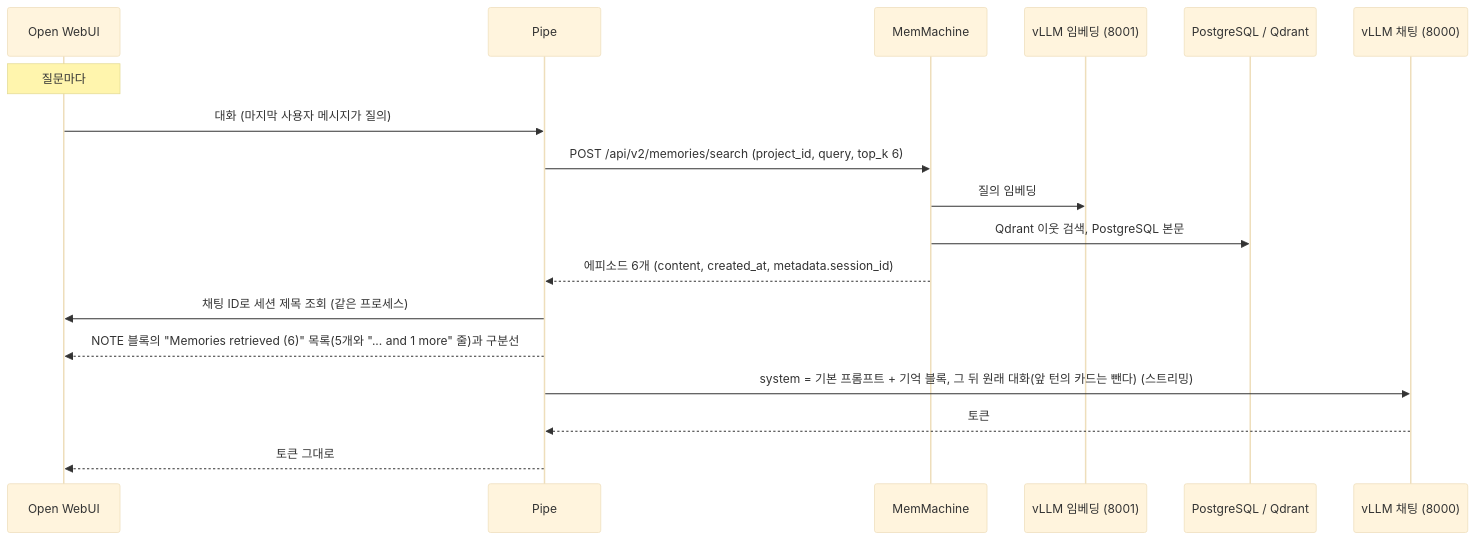
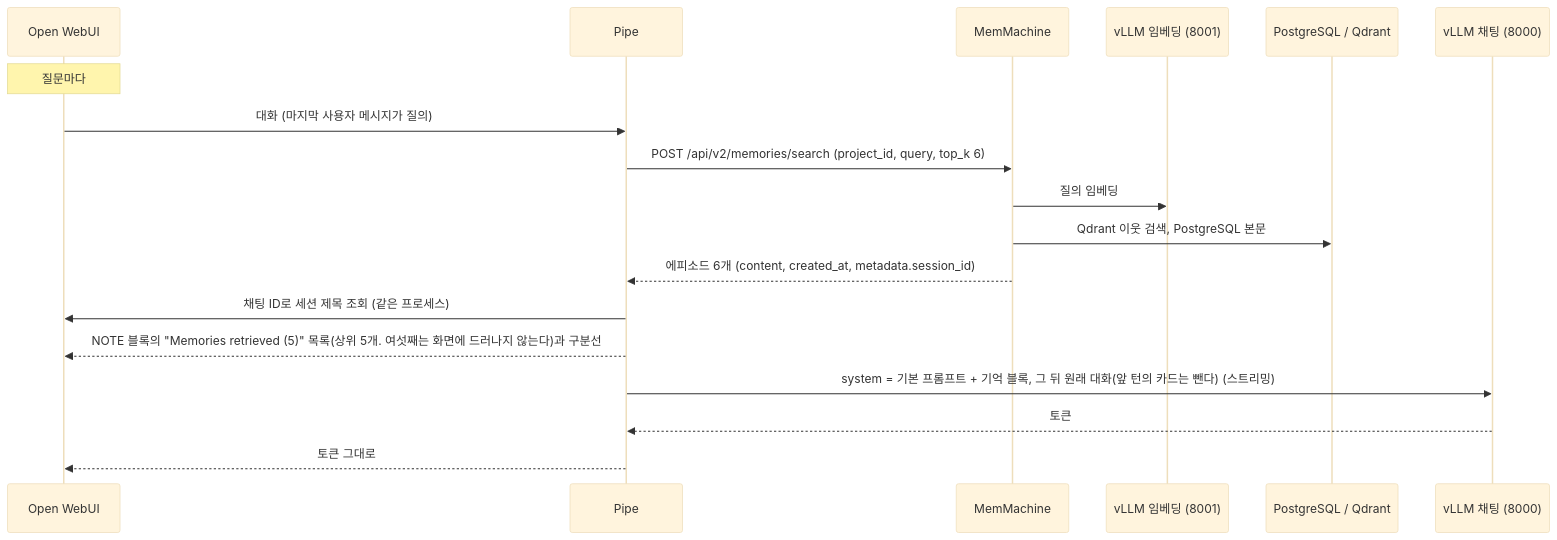
One commit to taejin-oh/MemMachine changed the fifth of 5 diagrams in docs/msr/ces2027_demo/architecture_2026-10-27.md. Above: the diagram before and after it, drawn with Mermaid (base theme). The commit also changed other lines of this file and 9 other files, not shown here.

````diff
--- a/docs/msr/ces2027_demo/architecture_2026-10-27.md
+++ b/docs/msr/ces2027_demo/architecture_2026-10-27.md
@@ -266,20 +266,20 @@
 ```mermaid
 sequenceDiagram
     participant W as Open WebUI
     participant P as Pipe
     participant M as MemMachine
     participant E as vLLM 임베딩 (8001)
     participant D as PostgreSQL / Qdrant
     participant L as vLLM 채팅 (8000)
     Note over W: 질문마다
     W->>P: 대화 (마지막 사용자 메시지가 질의)
     P->>M: POST /api/v2/memories/search (project_id, query, top_k 6)
     M->>E: 질의 임베딩
     M->>D: Qdrant 이웃 검색, PostgreSQL 본문
     M-->>P: 에피소드 6개 (content, created_at, metadata.session_id)
     P->>W: 채팅 ID로 세션 제목 조회 (같은 프로세스)
-    P-->>W: NOTE 블록의 "Memories retrieved (6)" 목록(5개와 "... and 1 more" 줄)과 구분선
+    P-->>W: NOTE 블록의 "Memories retrieved (5)" 목록(상위 5개. 여섯째는 화면에 드러나지 않는다)과 구분선
     P->>L: system = 기본 프롬프트 + 기억 블록, 그 뒤 원래 대화(앞 턴의 카드는 뺀다) (스트리밍)
     L-->>P: 토큰
     P-->>W: 토큰 그대로
 ```
````
